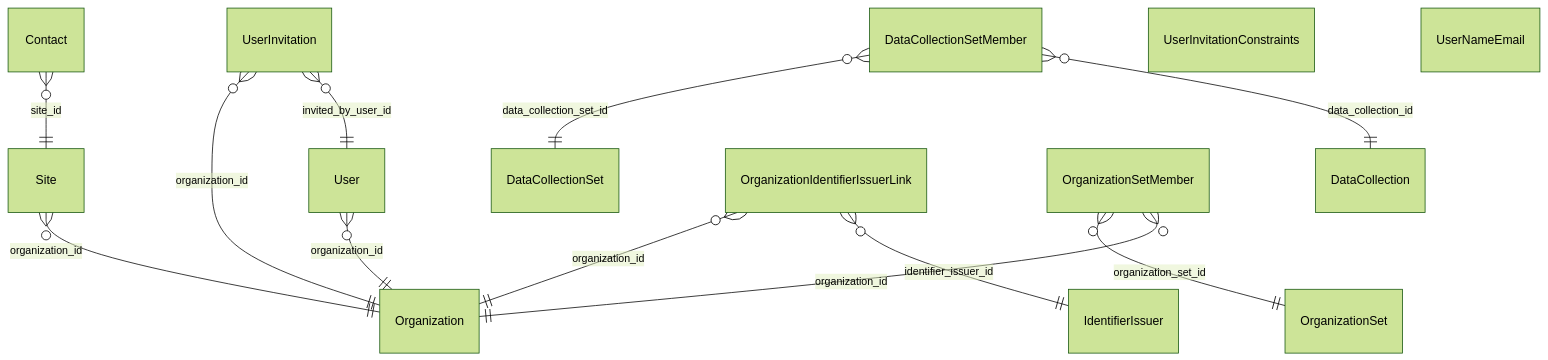
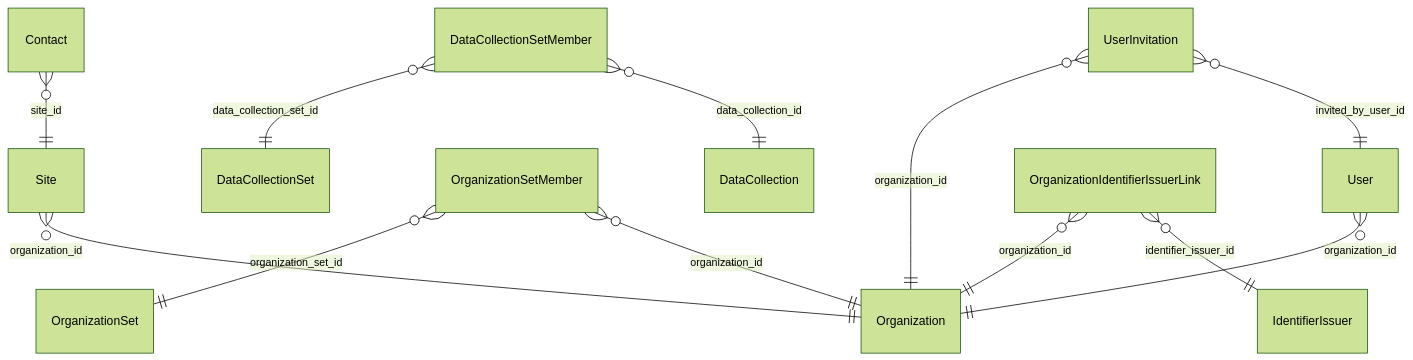
The diagram in docs/erm/seqdb.organization.md (RIVM-bioinformatics/gen-epix-api), drawn with Mermaid (forest theme) before and after one commit. The commit also changed other lines of this file and 53 other files, not shown here.

Commit message:
feat: fastapp Domain.get_dag_sorted_services and Entity.topological_sort added fix: fastapp Domain.get_dag_sorted_entities/models fixed refactor: generation of mermaid ERM diagrams done in reproducible DAG order rather than random order

````diff
--- a/docs/erm/seqdb.organization.md
+++ b/docs/erm/seqdb.organization.md
@@ -5,24 +5,18 @@
 ```mermaid
 erDiagram
     %% seqdb / ORGANIZATION (simplified)
 
     %% Relationships
     Site }o--|| Organization : "organization_id"
     User }o--|| Organization : "organization_id"
-    UserInvitation }o--|| Organization : "organization_id"
-    UserInvitation }o--|| User : "invited_by_user_id"
+    OrganizationSetMember }o--|| OrganizationSet : "organization_set_id"
+    OrganizationSetMember }o--|| Organization : "organization_id"
     DataCollectionSetMember }o--|| DataCollectionSet : "data_collection_set_id"
     DataCollectionSetMember }o--|| DataCollection : "data_collection_id"
     OrganizationIdentifierIssuerLink }o--|| Organization : "organization_id"
     OrganizationIdentifierIssuerLink }o--|| IdentifierIssuer : "identifier_issuer_id"
     Contact }o--|| Site : "site_id"
-    OrganizationSetMember }o--|| OrganizationSet : "organization_set_id"
-    OrganizationSetMember }o--|| Organization : "organization_id"
-
-    UserInvitationConstraints {
-    }
-
-    UserNameEmail {
-    }
+    UserInvitation }o--|| Organization : "organization_id"
+    UserInvitation }o--|| User : "invited_by_user_id"
 
 ```
````
